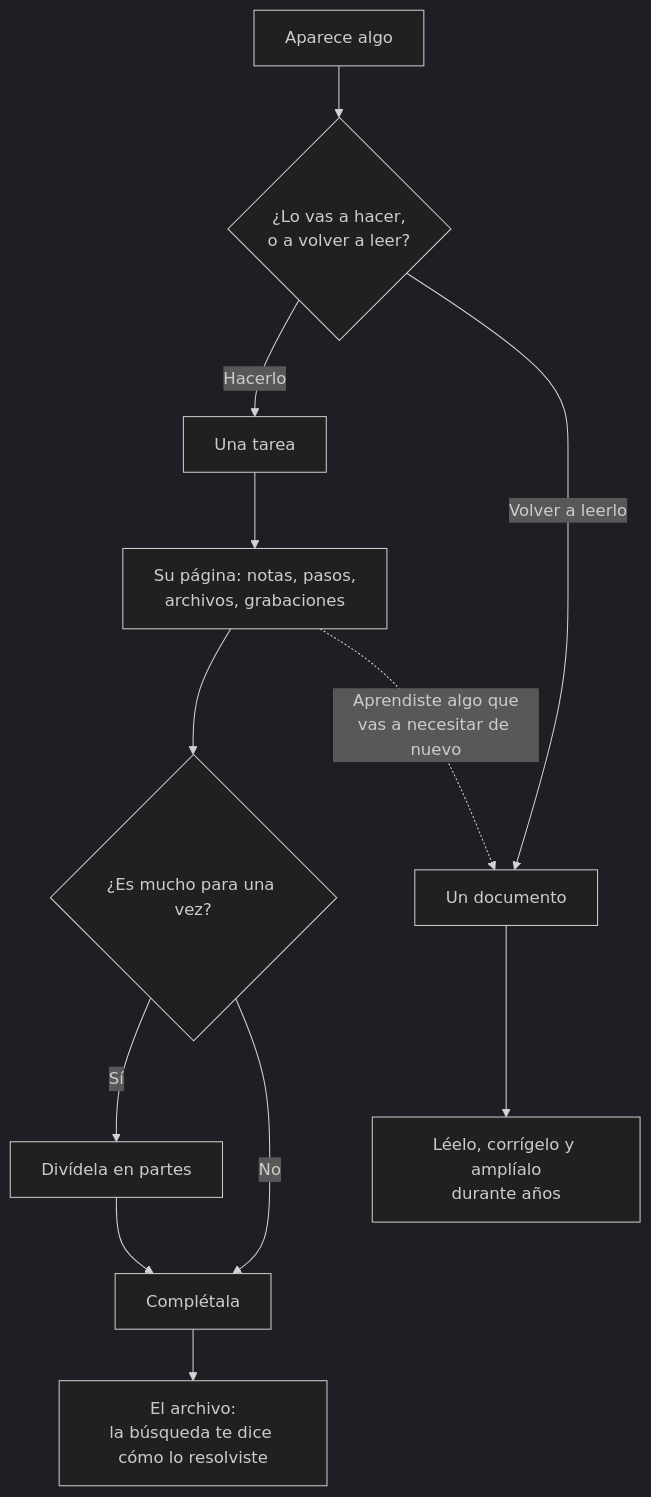
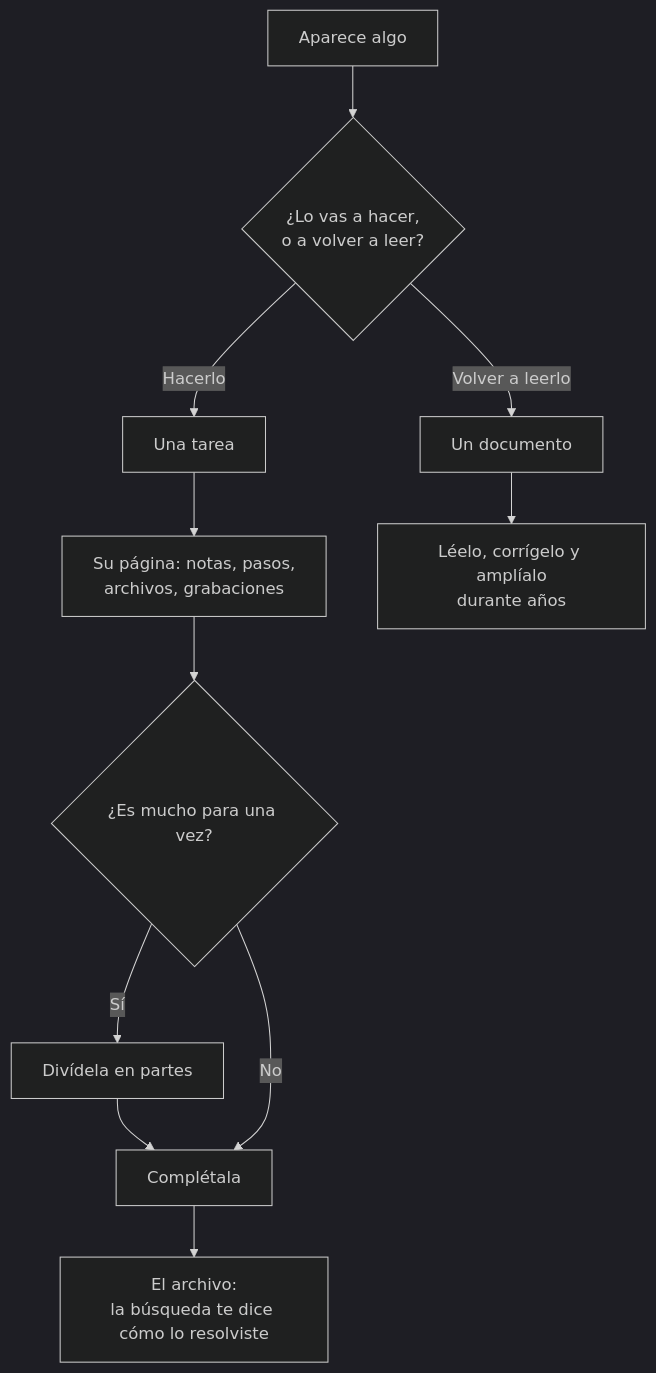
One commit to rgdevment/Tisty changed the first of 4 diagrams in app/src-tauri/resources/guide/es/guia.md. Above: the diagram before and after it, drawn with Mermaid (dark theme). The commit also changed 21 other files, not shown here.

````diff
--- a/app/src-tauri/resources/guide/es/guia.md
+++ b/app/src-tauri/resources/guide/es/guia.md
@@ -31,14 +31,13 @@
 ```mermaid
 flowchart TD
   A[Aparece algo] --> B{¿Lo vas a hacer,<br/>o a volver a leer?}
   B -->|Hacerlo| T[Una tarea]
   B -->|Volver a leerlo| D[Un documento]
   T --> P[Su página: notas, pasos,<br/>archivos, grabaciones]
   P --> S{¿Es mucho para una vez?}
   S -->|Sí| K[Divídela en partes]
   K --> C
   S -->|No| C[Complétala]
   C --> R[El archivo:<br/>la búsqueda te dice cómo lo resolviste]
-  P -.->|Aprendiste algo que<br/>vas a necesitar de nuevo| D
   D --> G[Léelo, corrígelo y amplíalo<br/>durante años]
 ```
````
